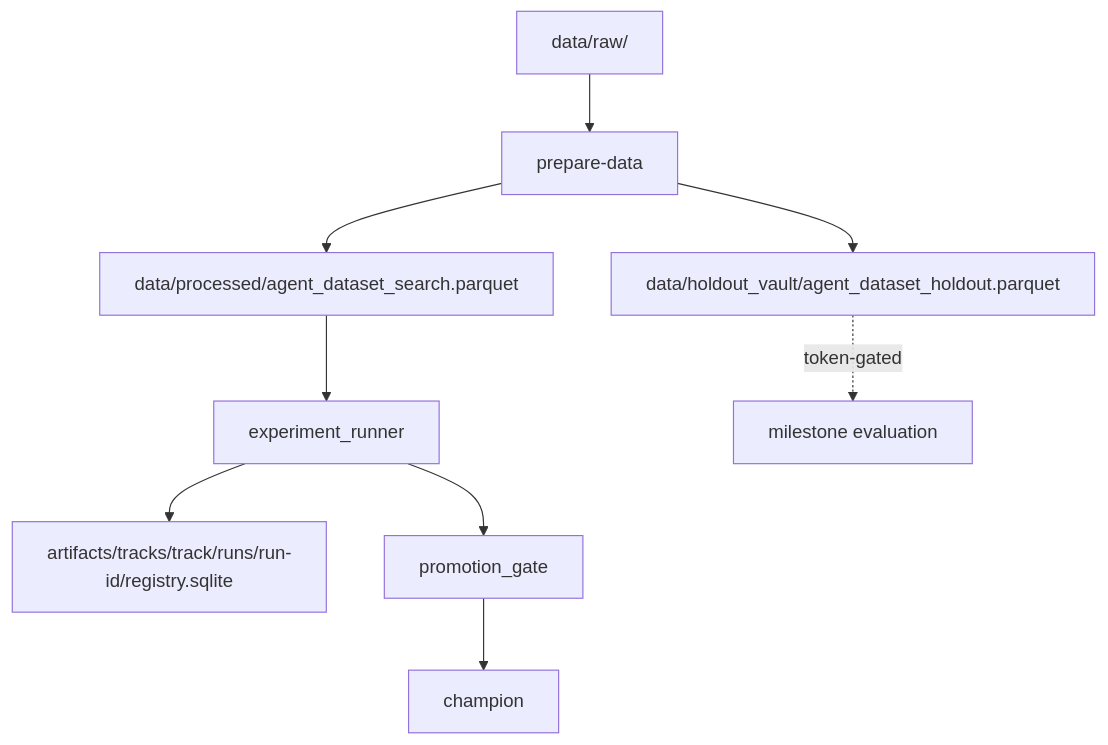
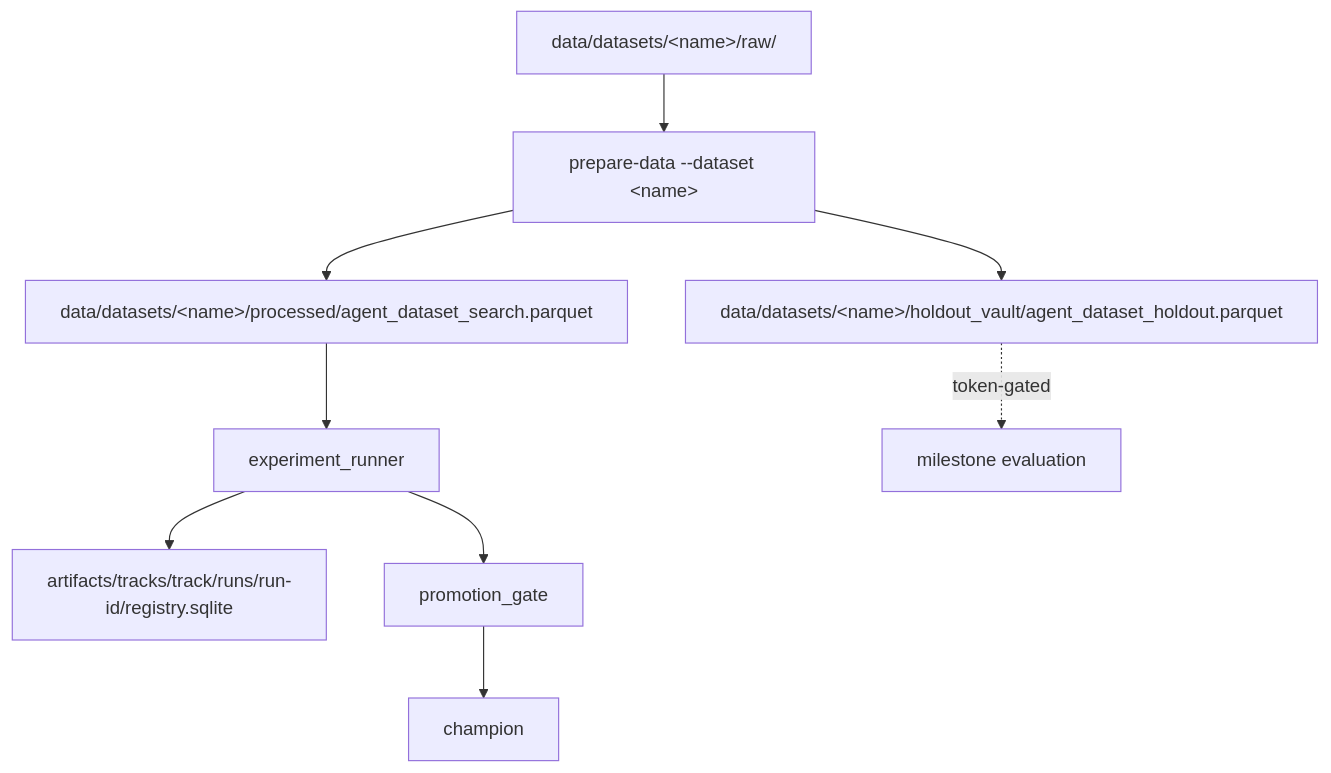
The first of 2 diagrams in README.md (Alexjhood/Insurance_AutoResearch), drawn with Mermaid before and after one commit. The commit also changed other lines of this file and 7 other files, not shown here.

````diff
--- a/README.md
+++ b/README.md
@@ -9,11 +9,11 @@
 ```mermaid
 flowchart TD
-    A["data/raw/"] --> B["prepare-data"]
-    B --> C["data/processed/agent_dataset_search.parquet"]
-    B --> D["data/holdout_vault/agent_dataset_holdout.parquet"]
+    A["data/datasets/&lt;name&gt;/raw/"] --> B["prepare-data --dataset &lt;name&gt;"]
+    B --> C["data/datasets/&lt;name&gt;/processed/agent_dataset_search.parquet"]
+    B --> D["data/datasets/&lt;name&gt;/holdout_vault/agent_dataset_holdout.parquet"]
     C --> E["experiment_runner"]
     E --> F["artifacts/tracks/track/runs/run-id/registry.sqlite"]
     E --> G["promotion_gate"]
     G --> H["champion"]
     D -. "token-gated" .-> I["milestone evaluation"]
 ```
````
